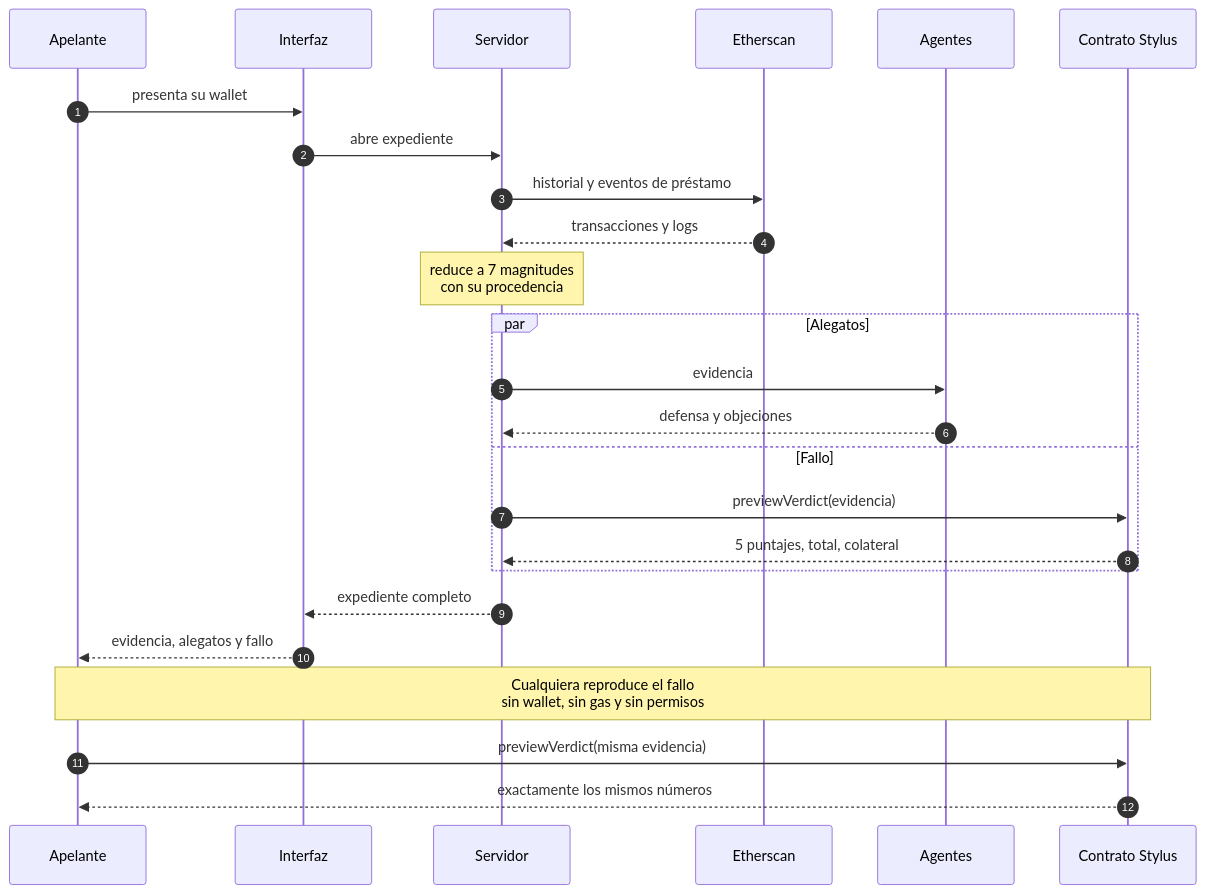
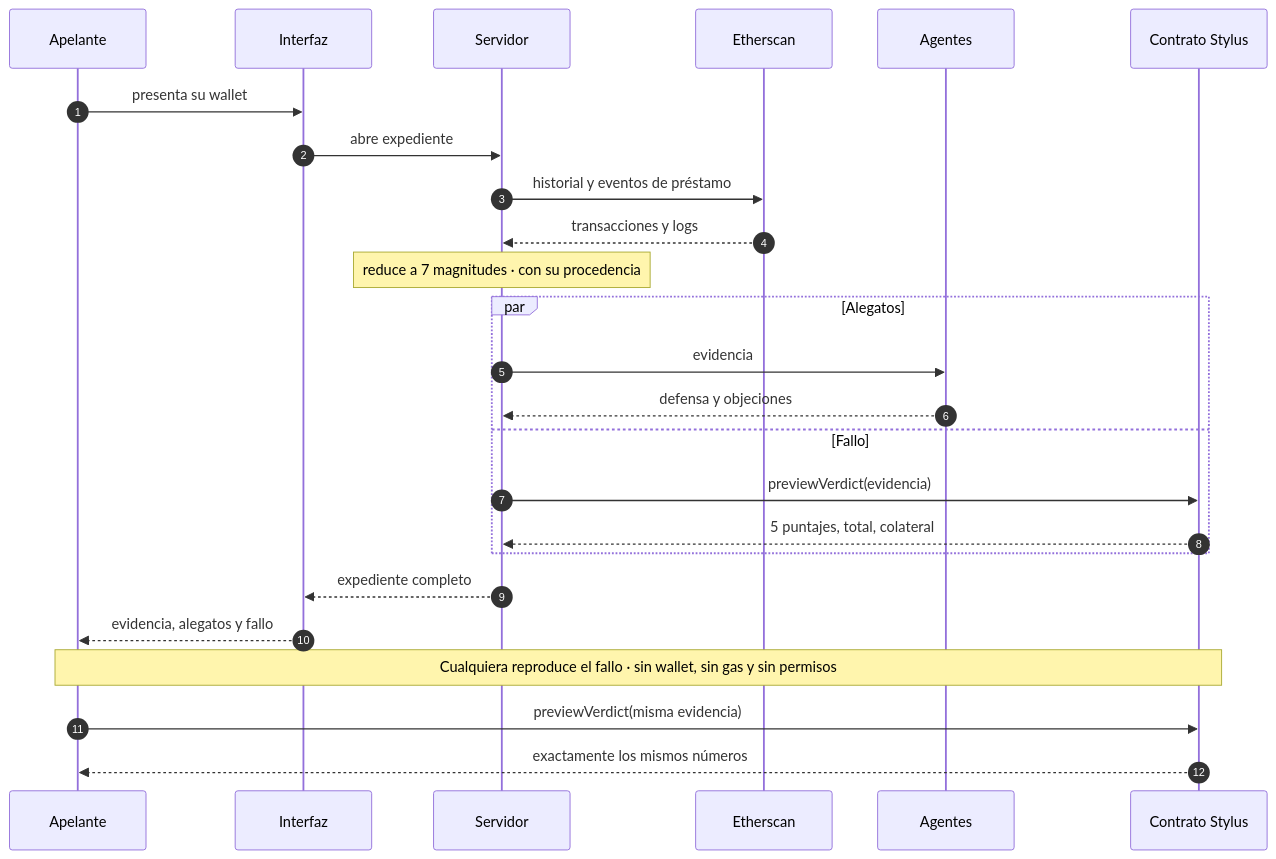
Before and after one commit to kasbsquall/remand: the fourth of 5 diagrams in docs/ARCHITECTURE.md, drawn with Mermaid. The commit also changed other lines of this file, not shown here.

First line of the commit message:
fix(docs): etiquetas de Mermaid en una sola linea

````diff
--- a/docs/ARCHITECTURE.md
+++ b/docs/ARCHITECTURE.md
@@ -176,29 +176,29 @@
 ```mermaid
 sequenceDiagram
     autonumber
     participant U as Apelante
     participant UI as Interfaz
     participant S as Servidor
     participant I as Etherscan
     participant A as Agentes
     participant C as Contrato Stylus
 
     U->>UI: presenta su wallet
     UI->>S: abre expediente
     S->>I: historial y eventos de préstamo
     I-->>S: transacciones y logs
-    Note over S: reduce a 7 magnitudes<br>con su procedencia
+    Note over S: reduce a 7 magnitudes · con su procedencia
     par Alegatos
         S->>A: evidencia
         A-->>S: defensa y objeciones
     and Fallo
         S->>C: previewVerdict(evidencia)
         C-->>S: 5 puntajes, total, colateral
     end
     S-->>UI: expediente completo
     UI-->>U: evidencia, alegatos y fallo
 
-    Note over U,C: Cualquiera reproduce el fallo<br>sin wallet, sin gas y sin permisos
+    Note over U,C: Cualquiera reproduce el fallo · sin wallet, sin gas y sin permisos
     U->>C: previewVerdict(misma evidencia)
     C-->>U: exactamente los mismos números
 ```
````
